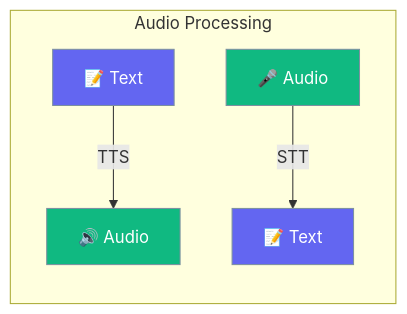
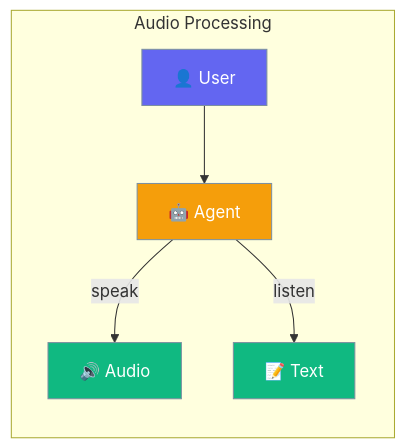
The first of 2 diagrams in docs/js/audio.mdx (MervinPraison/PraisonAIDocs), drawn with Mermaid before and after one commit. The commit also changed other lines of this file and 30 other files, not shown here.

````diff
--- a/docs/js/audio.mdx
+++ b/docs/js/audio.mdx
@@ -10,13 +10,16 @@
 ```mermaid
 graph LR
     subgraph "Audio Processing"
-        A[📝 Text] -->|TTS| B[🔊 Audio]
-        C[🎤 Audio] -->|STT| D[📝 Text]
+        A[👤 User] --> B[🤖 Agent]
+        B -->|speak| C[🔊 Audio]
+        B -->|listen| D[📝 Text]
     end
     
-    classDef text fill:#6366F1,stroke:#7C90A0,color:#fff
-    classDef audio fill:#10B981,stroke:#7C90A0,color:#fff
+    classDef user fill:#6366F1,stroke:#7C90A0,color:#fff
+    classDef agent fill:#F59E0B,stroke:#7C90A0,color:#fff
+    classDef output fill:#10B981,stroke:#7C90A0,color:#fff
     
-    class A,D text
-    class B,C audio
+    class A user
+    class B agent
+    class C,D output
 ```
````
